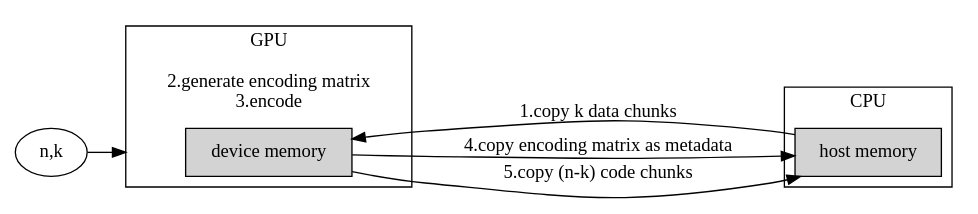
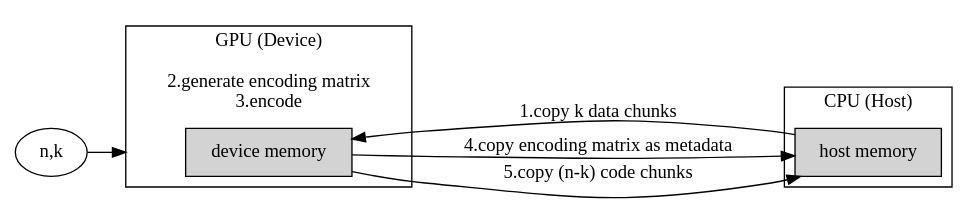
One commit to yszheda/GPU-RSCode changed the diagram in images/dot-graph/GPUencode.dot. Above: the diagram before and after it, drawn with Graphviz. The commit also changed 7 other files, not shown here.

```diff
--- a/images/dot-graph/GPUencode.dot
+++ b/images/dot-graph/GPUencode.dot
@@ -1,48 +1,48 @@
 digraph GPUencode
 {
 rankdir=LR;
 compound=true;
 subgraph clusterCPU
 {
 node [style=filled];
 shape=box;
-label="CPU";
+label="CPU (Host)";
 "hostMem"
 [
 shape=box
 label="host memory"
 ]
 /*
 hostMem [shape=box];
 */
 }
 //n_k [label="n, k"];
 /*
 subgraph n_k
 {
 label="n,k"
 }
 */
 subgraph clusterGPU
 {
 node [style=filled];
 shape=box;
-label="GPU\n\n2.generate encoding matrix\n3.encode";
+label="GPU (Device)\n\n2.generate encoding matrix\n3.encode";
 //"3.encode";
 "deviceMem"
 [
 shape=box
 label="device memory"
 ]
 //deviceMem -> deviceMem [label="3.encode", ltail=clusterGPU];
 /*
 deviceMem [shape=box];
 label=GPU;
 */
 }
 hostMem -> deviceMem [label="1.copy k data chunks"];
 deviceMem -> hostMem [label="4.copy encoding matrix as metadata"];
 deviceMem -> hostMem [label="5.copy (n-k) code chunks"];
 //"n,k" -> deviceMem [label="2.generate encoding matrix", lhead=clusterGPU];
 "n,k" -> deviceMem [lhead=clusterGPU];
 }
```
